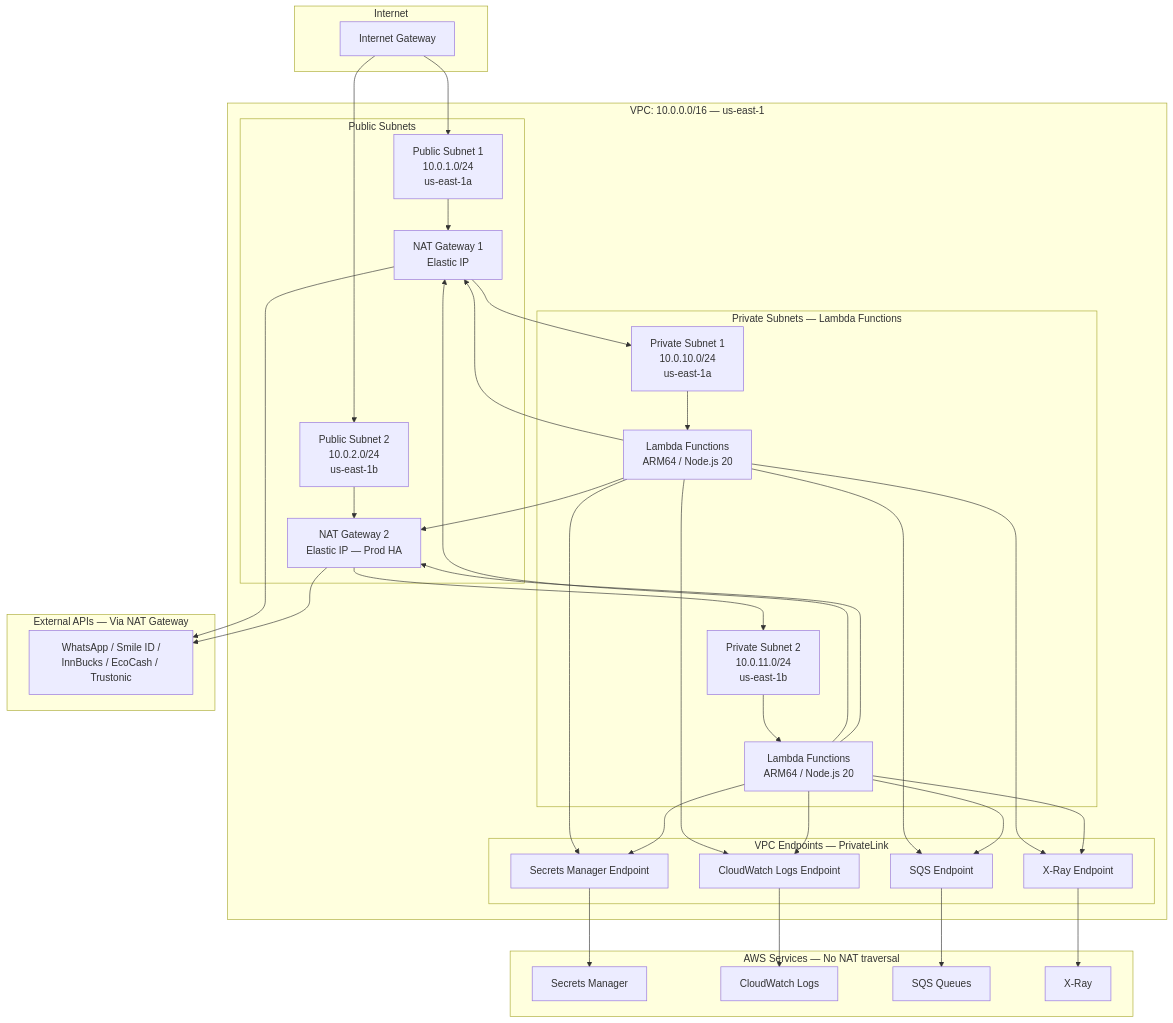
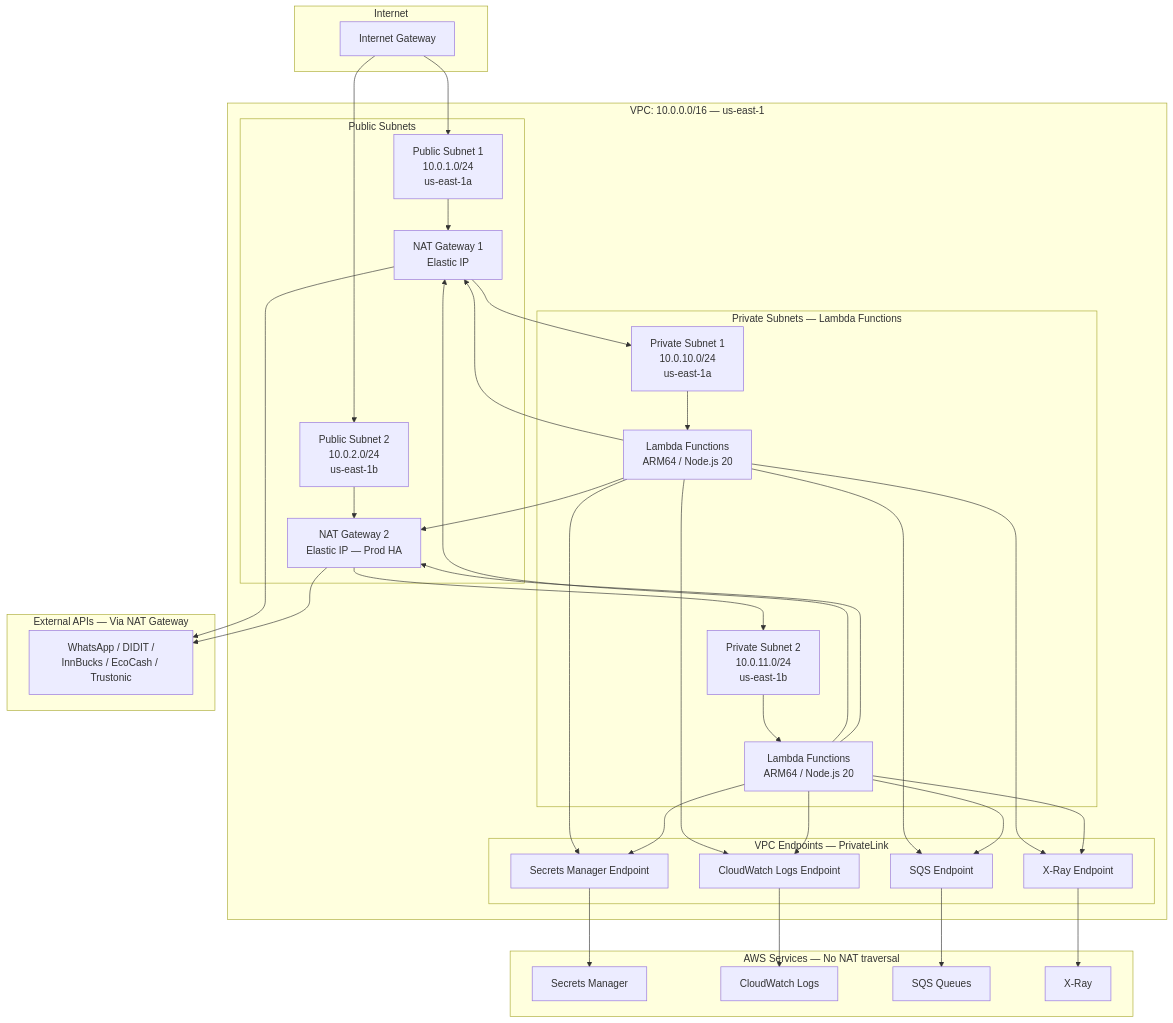
One commit to 1terr/Lynia-finance changed the second of 5 diagrams in docs/architecture/AWS-ARCHITECTURE.md. Above: the diagram before and after it, drawn with Mermaid. The commit also changed other lines of this file and 198 other files, not shown here.

First line of the commit message:
refactor: remove Smile Identity, make DIDIT sole KYC provider

````diff
--- a/docs/architecture/AWS-ARCHITECTURE.md
+++ b/docs/architecture/AWS-ARCHITECTURE.md
@@ -115,56 +115,56 @@
 ```mermaid
 graph TB
     subgraph Internet
         IGW[Internet Gateway]
     end
 
     subgraph VPC["VPC: 10.0.0.0/16 — us-east-1"]
 
         subgraph PublicSubnets["Public Subnets"]
             PS1["Public Subnet 1<br/>10.0.1.0/24<br/>us-east-1a"]
             PS2["Public Subnet 2<br/>10.0.2.0/24<br/>us-east-1b"]
             NAT1[NAT Gateway 1<br/>Elastic IP]
             NAT2[NAT Gateway 2<br/>Elastic IP — Prod HA]
         end
 
         subgraph PrivateSubnets["Private Subnets — Lambda Functions"]
             PrS1["Private Subnet 1<br/>10.0.10.0/24<br/>us-east-1a"]
             PrS2["Private Subnet 2<br/>10.0.11.0/24<br/>us-east-1b"]
             Lambda1[Lambda Functions<br/>ARM64 / Node.js 20]
             Lambda2[Lambda Functions<br/>ARM64 / Node.js 20]
         end
 
         subgraph VPCEndpoints["VPC Endpoints — PrivateLink"]
             VPESM[Secrets Manager Endpoint]
             VPECW[CloudWatch Logs Endpoint]
             VPESQS[SQS Endpoint]
             VPEXR[X-Ray Endpoint]
         end
     end
 
     subgraph AWSServices["AWS Services — No NAT traversal"]
         SecretsM[Secrets Manager]
         CloudWatch[CloudWatch Logs]
         SQSSvc[SQS Queues]
         XRaySvc[X-Ray]
     end
 
     subgraph ExternalAPIs["External APIs — Via NAT Gateway"]
-        ExtAPIs[WhatsApp / Smile ID /<br/>InnBucks / EcoCash / Trustonic]
+        ExtAPIs[WhatsApp / DIDIT /<br/>InnBucks / EcoCash / Trustonic]
     end
 
     IGW --> PS1 & PS2
     PS1 --> NAT1
     PS2 --> NAT2
     NAT1 --> PrS1
     NAT2 --> PrS2
     PrS1 --> Lambda1
     PrS2 --> Lambda2
 
     Lambda1 & Lambda2 --> VPESM --> SecretsM
     Lambda1 & Lambda2 --> VPECW --> CloudWatch
     Lambda1 & Lambda2 --> VPESQS --> SQSSvc
     Lambda1 & Lambda2 --> VPEXR --> XRaySvc
 
     Lambda1 & Lambda2 --> NAT1 & NAT2 --> ExtAPIs
 ```
````
